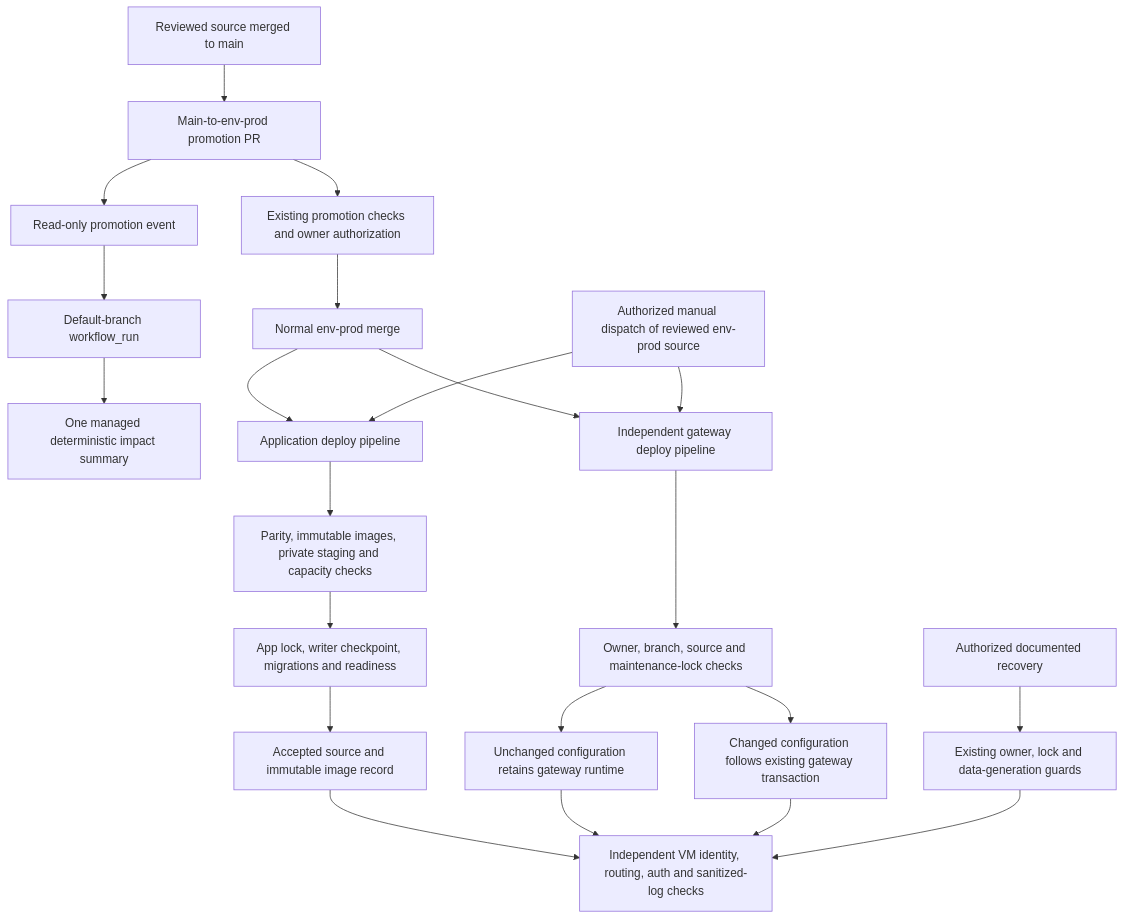
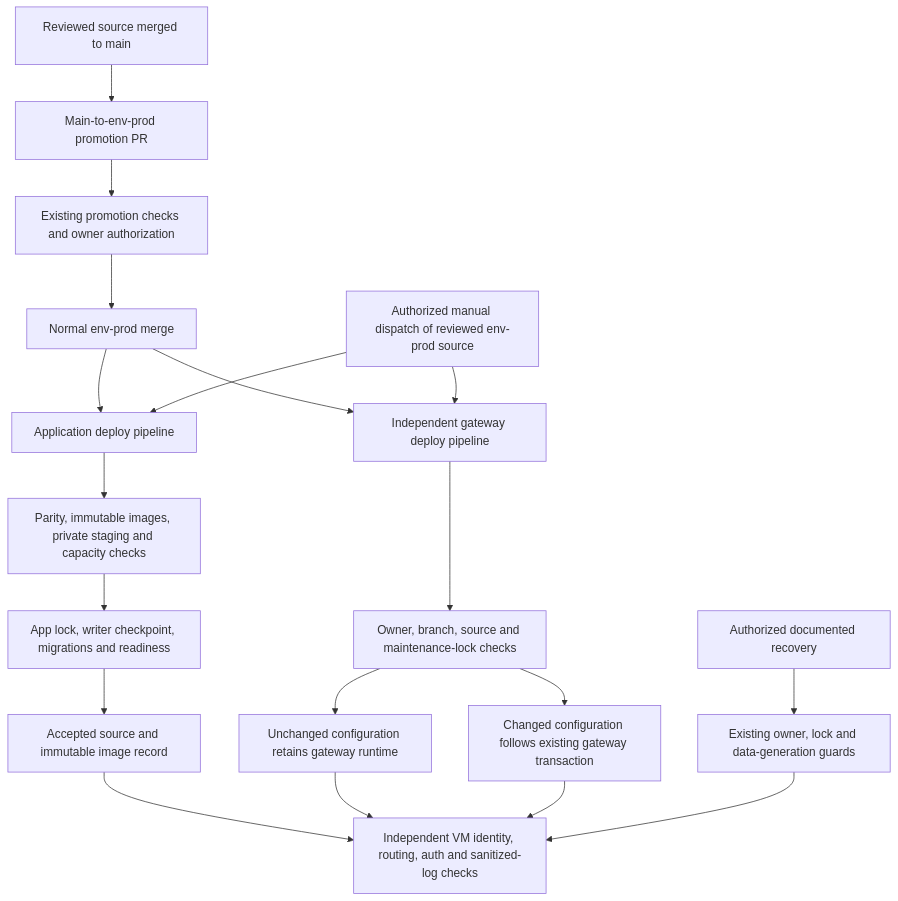
One commit to VanillaIceCube/JudeAndrewAlabaInfrastructure changed the fourth of 4 diagrams in .github/workflows/README.md. Above: the diagram before and after it, drawn with Mermaid. The commit also changed other lines of this file and 7 other files, not shown here.

````diff
--- a/.github/workflows/README.md
+++ b/.github/workflows/README.md
@@ -507,24 +495,21 @@
 ```mermaid
 flowchart TD
   Reviewed[Reviewed source merged to main] --> PR[Main-to-env-prod promotion PR]
-  PR --> Request[Read-only promotion event]
-  Request --> Trusted[Default-branch workflow_run]
-  Trusted --> Summary[One managed deterministic impact summary]
   PR --> Gates[Existing promotion checks and owner authorization]
   Gates --> Merge[Normal env-prod merge]
   Merge --> App[Application deploy pipeline]
   Merge --> Gateway[Independent gateway deploy pipeline]
   App --> Stage[Parity, immutable images, private staging and capacity checks]
   Stage --> Transaction[App lock, writer checkpoint, migrations and readiness]
   Transaction --> Accepted[Accepted source and immutable image record]
   Gateway --> Guard[Owner, branch, source and maintenance-lock checks]
   Guard --> Same[Unchanged configuration retains gateway runtime]
   Guard --> Changed[Changed configuration follows existing gateway transaction]
   Accepted --> Verify[Independent VM identity, routing, auth and sanitized-log checks]
   Same --> Verify
   Changed --> Verify
   Manual[Authorized manual dispatch of reviewed env-prod source] --> App
   Manual --> Gateway
   Recovery[Authorized documented recovery] --> RecoveryGuard[Existing owner, lock and data-generation guards]
   RecoveryGuard --> Verify
 ```
````
